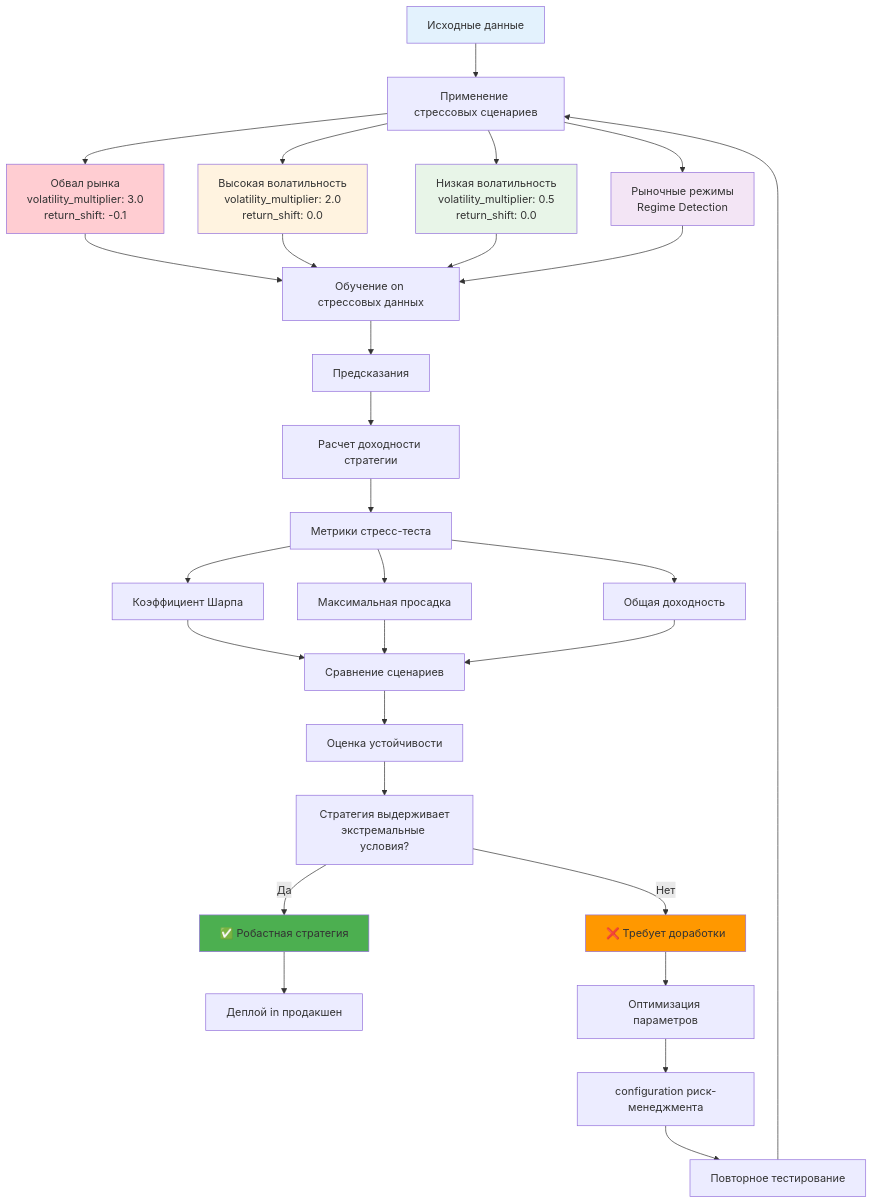
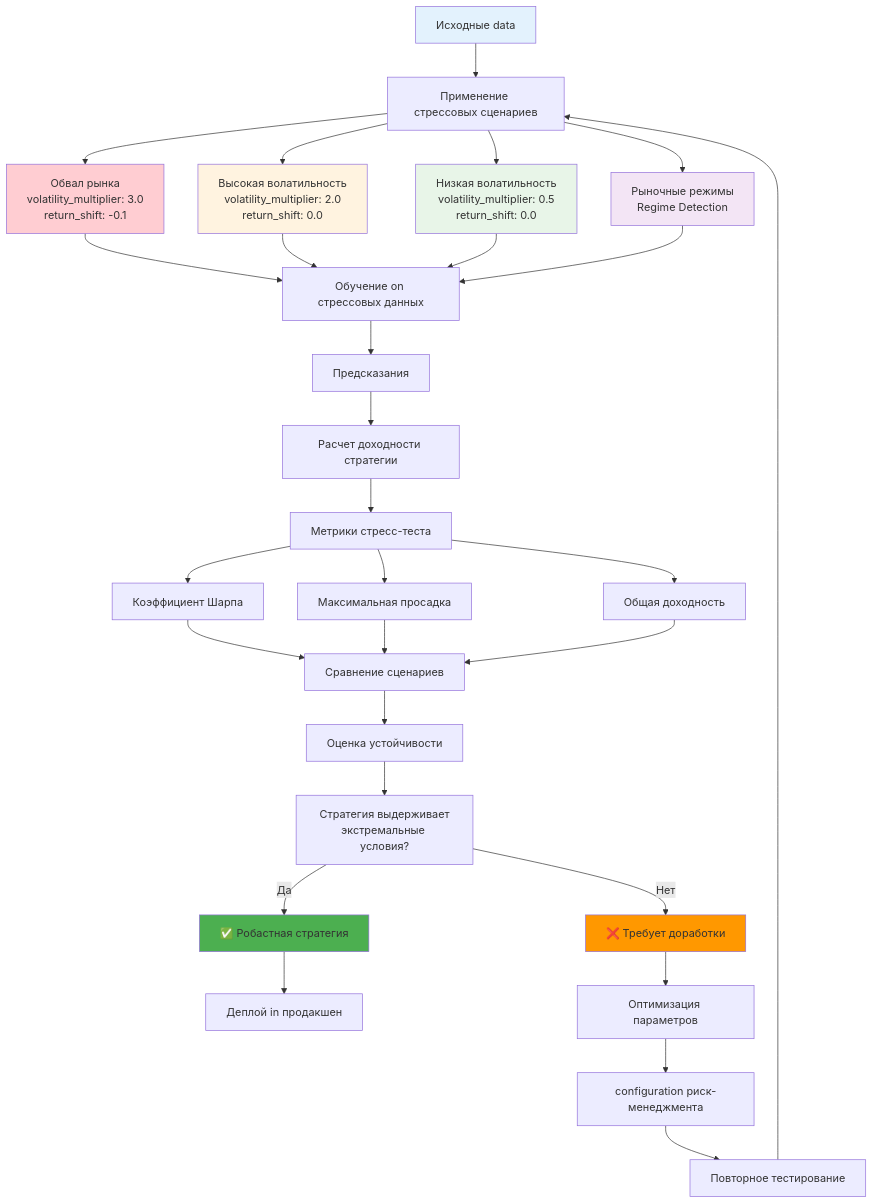
One commit to NeoZorK/neozork-hld-prediction changed the fifth of 9 diagrams in docs/automl/gluon/29_backtesting_methods.md. Above: the diagram before and after it, drawn with Mermaid. The commit also changed other lines of this file and 108 other files, not shown here.

````diff
--- a/docs/automl/gluon/29_backtesting_methods.md
+++ b/docs/automl/gluon/29_backtesting_methods.md
@@ -1189,47 +1189,47 @@
 ```mermaid
 graph TD
- A[Исходные данные] --> B[Применение стрессовых сценариев]
+ A[Исходные data] --> B[Применение стрессовых сценариев]
 
  B --> C[Обвал рынка<br/>volatility_multiplier: 3.0<br/>return_shift: -0.1]
  B --> D[Высокая волатильность<br/>volatility_multiplier: 2.0<br/>return_shift: 0.0]
  B --> E[Низкая волатильность<br/>volatility_multiplier: 0.5<br/>return_shift: 0.0]
  B --> F[Рыночные режимы<br/>Regime Detection]
 
  C --> G[Обучение on стрессовых данных]
  D --> G
  E --> G
  F --> G
 
  G --> H[Предсказания]
  H --> I[Расчет доходности стратегии]
 
  I --> J[Метрики стресс-теста]
  J --> K[Коэффициент Шарпа]
  J --> L[Максимальная просадка]
  J --> M[Общая доходность]
 
  K --> N[Сравнение сценариев]
  L --> N
  M --> N
 
  N --> O[Оценка устойчивости]
  O --> P[Стратегия выдерживает<br/>экстремальные условия?]
 
  P -->|Да| Q[✅ Робастная стратегия]
  P -->|Нет| R[❌ Требует доработки]
 
  Q --> S[Деплой in продакшен]
  R --> T[Оптимизация параметров]
 
  T --> U[configuration риск-менеджмента]
  U --> V[Повторное тестирование]
  V --> B
 
  style A fill:#e3f2fd
  style C fill:#ffcdd2
  style D fill:#fff3e0
  style E fill:#e8f5e8
  style F fill:#f3e5f5
  style Q fill:#4caf50
  style R fill:#ff9800
 ```
````
